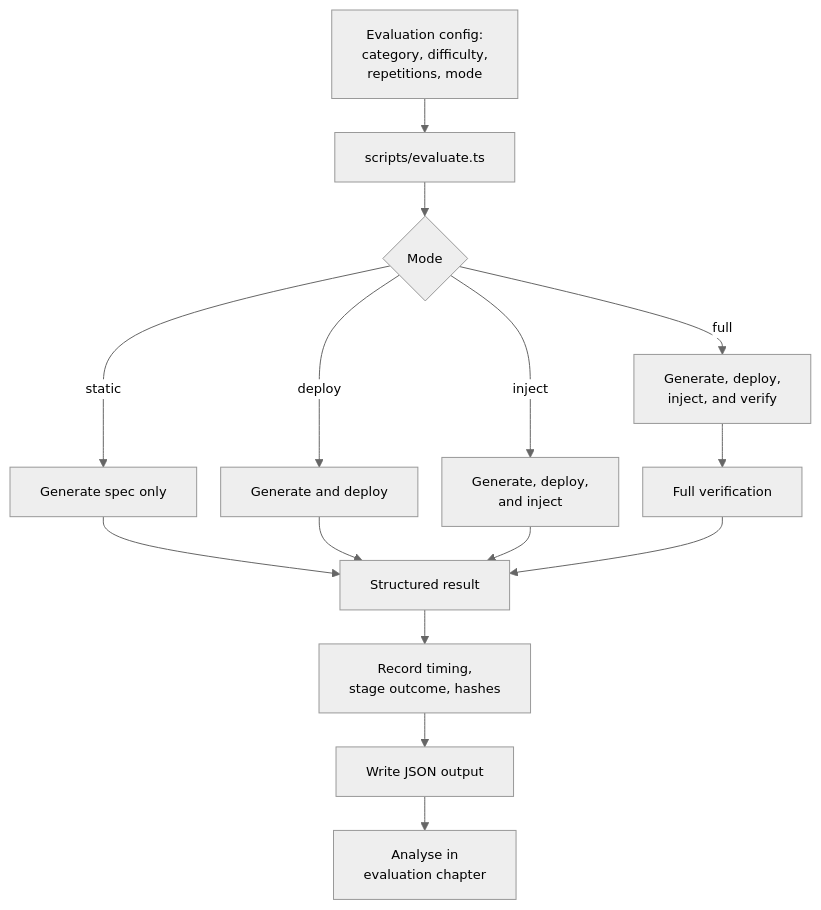
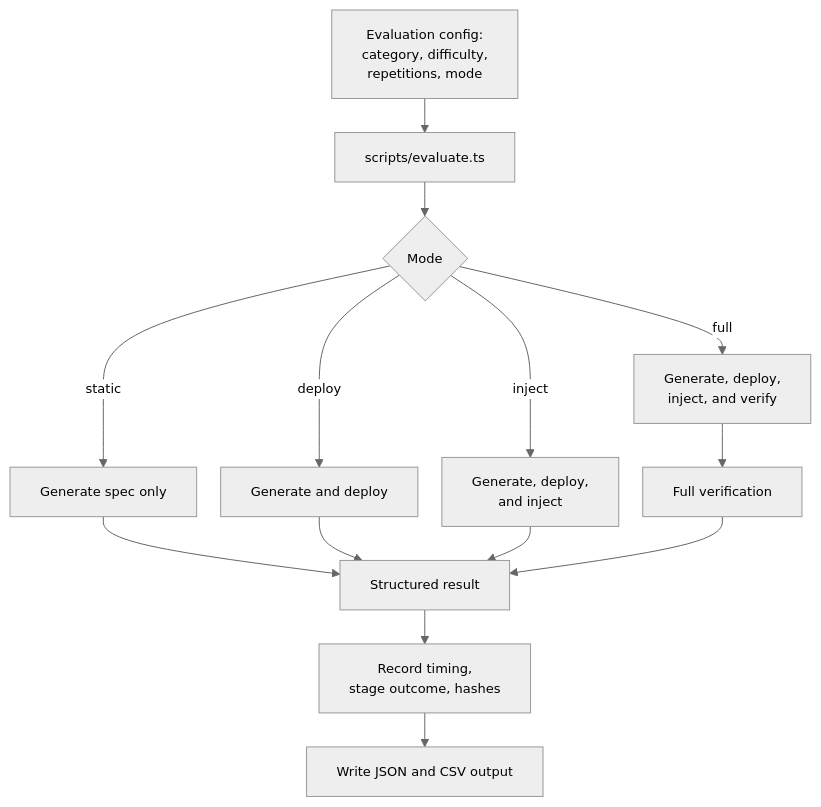
Before and after one commit to Haris-AK/vulnforge-dissertation: the diagram in mermaid/evaluation_harness.mmd, drawn with Mermaid. The commit also changed 4 other files, not shown here.

```diff
--- a/mermaid/evaluation_harness.mmd
+++ b/mermaid/evaluation_harness.mmd
@@ -1,33 +1,32 @@
 %%{init: {
   "theme": "neutral",
   "flowchart": {
     "htmlLabels": true,
     "curve": "basis",
     "nodeSpacing": 24,
     "rankSpacing": 34
   },
   "themeVariables": {
     "fontSize": "13px",
     "fontFamily": "Times New Roman, serif"
   }
 }}%%
 flowchart TB
     A["Evaluation config:<br/>category, difficulty,<br/>repetitions, mode"]
     B["scripts/evaluate.ts"]
     C{"Mode"}
     D["Generate spec only"]
     E["Generate and deploy"]
     F["Generate, deploy,<br/>and inject"]
     G["Generate, deploy,<br/>inject, and verify"]
     H["Structured result"]
     I["Full verification"]
     J["Record timing,<br/>stage outcome, hashes"]
-    K["Write JSON output"]
-    L["Analyse in<br/>evaluation chapter"]
+    K["Write JSON and CSV output"]
 
     A --> B --> C
     C -- static --> D --> H
     C -- deploy --> E --> H
     C -- inject --> F --> H
     C -- full --> G --> I --> H
-    H --> J --> K --> L
+    H --> J --> K 
```
